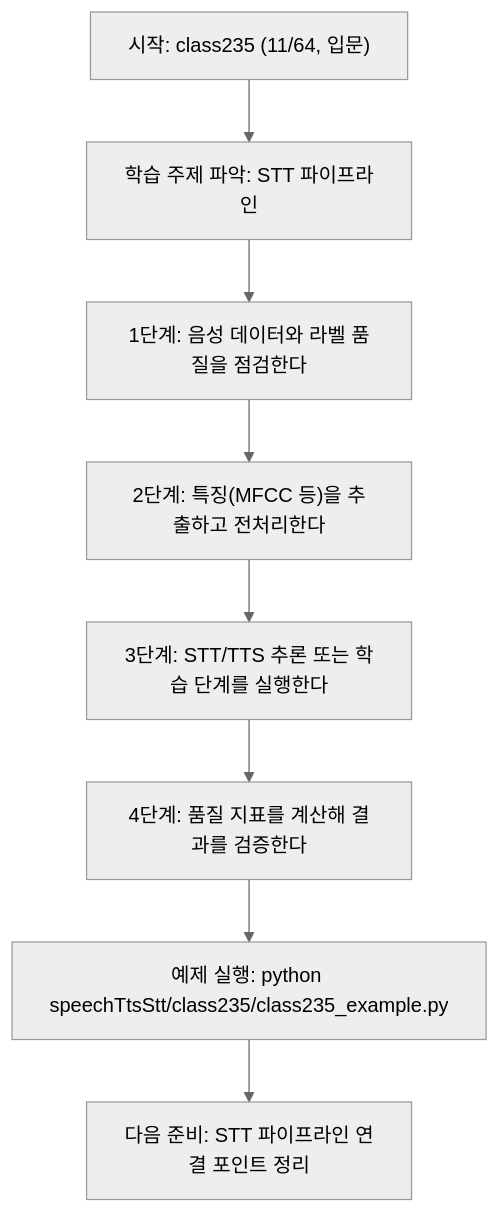
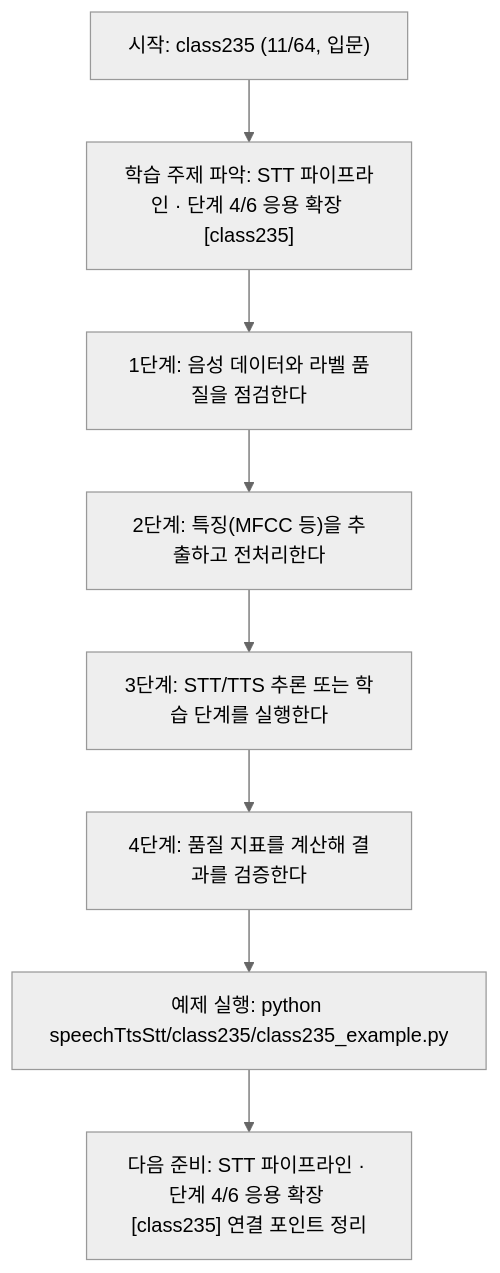
Before and after one commit to edumgt/Python-AI_Agent-Class: the diagram in speechTtsStt/class235/class235.md, drawn with Mermaid (neutral theme). The commit also changed other lines of this file and 522 other files, not shown here.

````diff
--- a/speechTtsStt/class235/class235.md
+++ b/speechTtsStt/class235/class235.md
@@ -112,18 +113,18 @@
 ```mermaid
 flowchart TD
 N1["시작: class235 (11/64, 입문)"]
-N2["학습 주제 파악: STT 파이프라인"]
+N2["학습 주제 파악: STT 파이프라인 · 단계 4/6 응용 확장 [class235]"]
 N3["1단계: 음성 데이터와 라벨 품질을 점검한다"]
 N4["2단계: 특징(MFCC 등)을 추출하고 전처리한다"]
 N5["3단계: STT/TTS 추론 또는 학습 단계를 실행한다"]
 N6["4단계: 품질 지표를 계산해 결과를 검증한다"]
 N7["예제 실행: python speechTtsStt/class235/class235_example.py"]
-N8["다음 준비: STT 파이프라인 연결 포인트 정리"]
+N8["다음 준비: STT 파이프라인 · 단계 4/6 응용 확장 [class235] 연결 포인트 정리"]
 N1 --> N2
 N2 --> N3
 N3 --> N4
 N4 --> N5
 N5 --> N6
 N6 --> N7
 N7 --> N8
 ```
````
